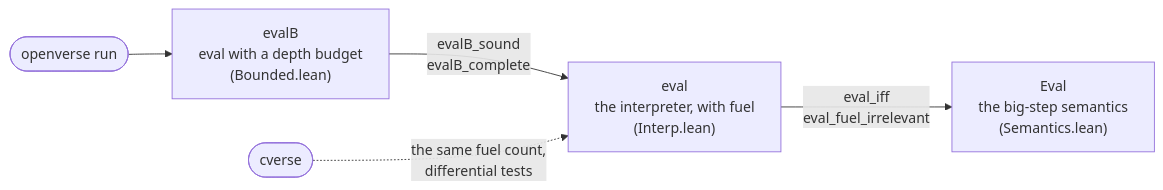
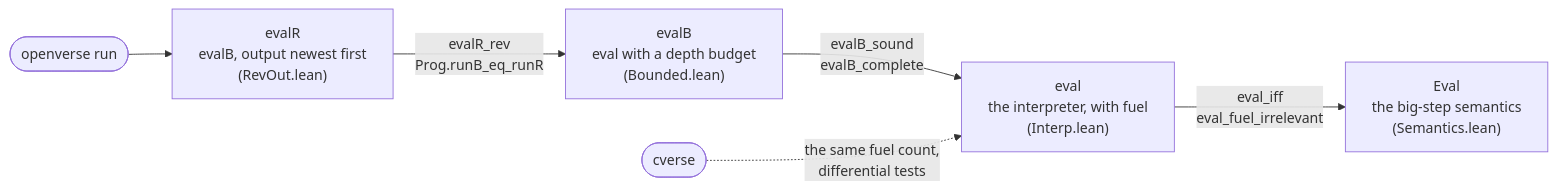
One commit to rudi-cilibrasi/openverse changed the second of 5 diagrams in docs/DESIGN.md. Above: the diagram before and after it, drawn with Mermaid. The commit also changed other lines of this file and 7 other files, not shown here.

````diff
--- a/docs/DESIGN.md
+++ b/docs/DESIGN.md
@@ -1582,7 +1590,8 @@
 ```mermaid
 flowchart LR
-    run(["openverse run"]) --> evalB["evalB<br/>eval with a depth budget<br/>(Bounded.lean)"]
+    run(["openverse run"]) --> evalR["evalR<br/>evalB, output newest first<br/>(RevOut.lean)"]
+    evalR -- "evalR_rev<br/>Prog.runB_eq_runR" --> evalB["evalB<br/>eval with a depth budget<br/>(Bounded.lean)"]
     evalB -- "evalB_sound<br/>evalB_complete" --> eval["eval<br/>the interpreter, with fuel<br/>(Interp.lean)"]
     eval -- "eval_iff<br/>eval_fuel_irrelevant" --> Eval["Eval<br/>the big-step semantics<br/>(Semantics.lean)"]
     cverse(["cverse"]) -. "the same fuel count,<br/>differential tests" .-> eval
 ```
````
